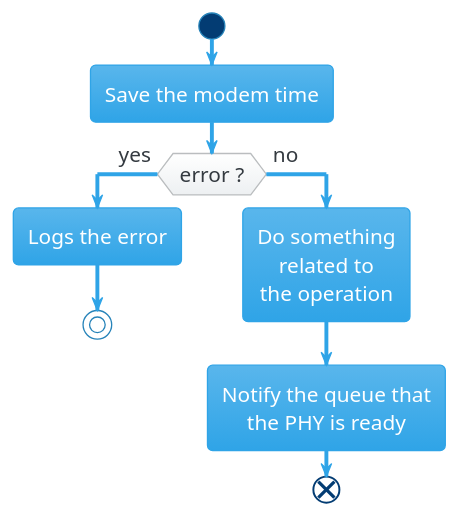
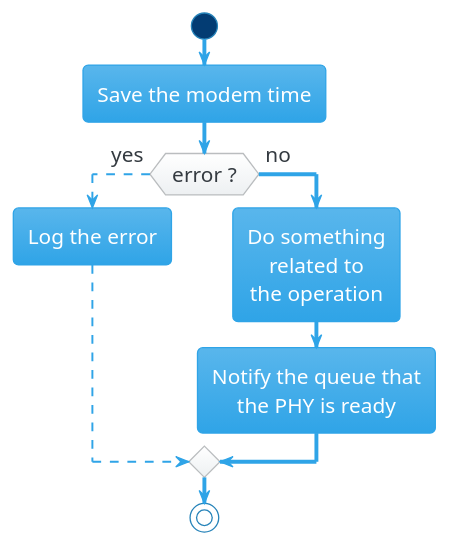
One commit to Terrazed/bachelor-project_dect-nr-plus-harq changed the diagram in doc/diagrams/phy_handler_basic_callback.puml. Above: the diagram before and after it, drawn with PlantUML. The commit also changed 7 other files, not shown here.

```diff
--- a/doc/diagrams/phy_handler_basic_callback.puml
+++ b/doc/diagrams/phy_handler_basic_callback.puml
@@ -1,24 +1,25 @@
 @startuml phy_handler_basic_callback
 
 !theme cerulean
 skinparam DefaultFontSize 16
 skinparam defaultFontName Gotham Black
 
 skinparam defaultTextAlignment center
 
 start
 :Save the modem time;
 if (error ?) then (yes)
-    :Logs the error;
-    stop
+    -[dashed]->
+    :Log the error;
+    -[dashed]->
 else (no)
     :Do something
     related to
     the operation;
 
     :Notify the queue that
     the PHY is ready;
-    end
 endif
+stop
 
 @enduml
```
